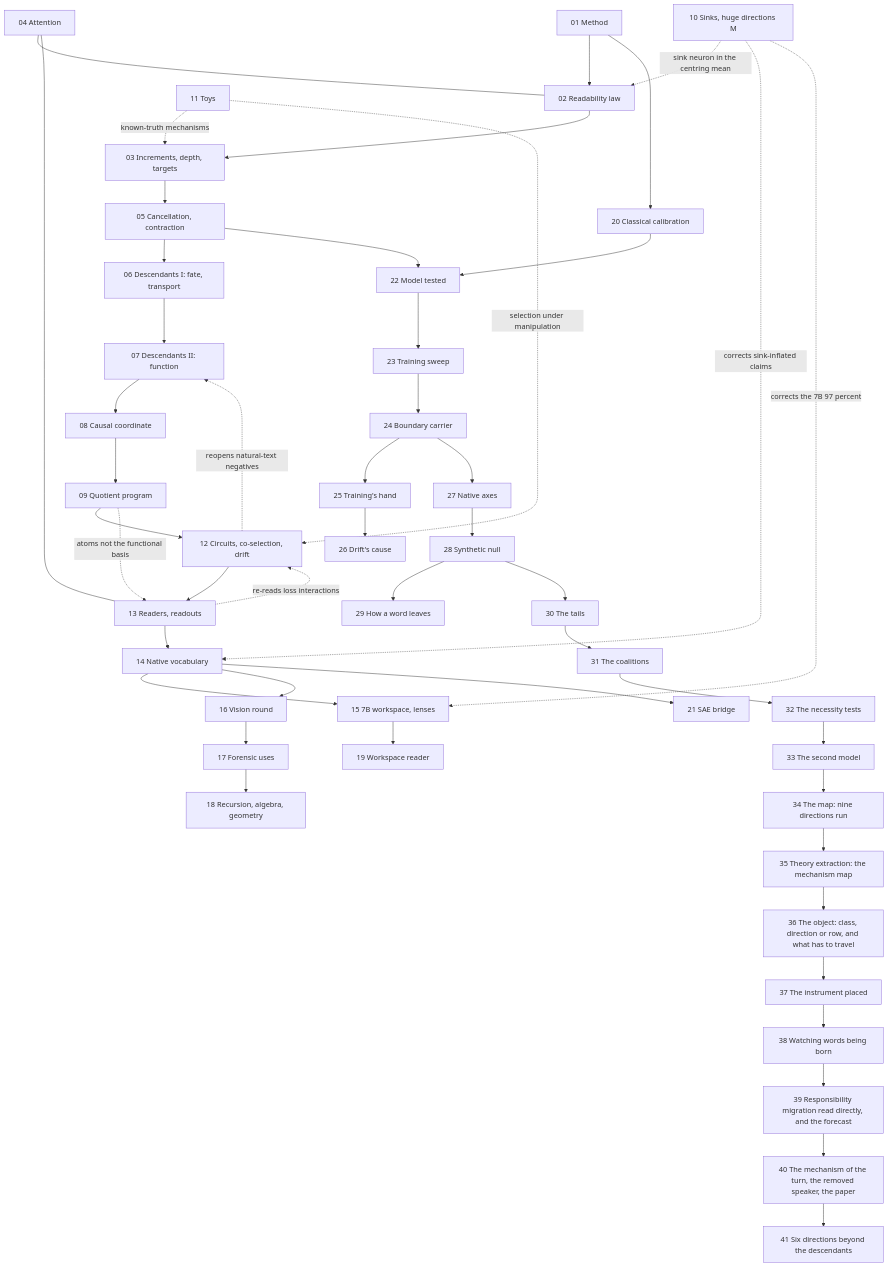
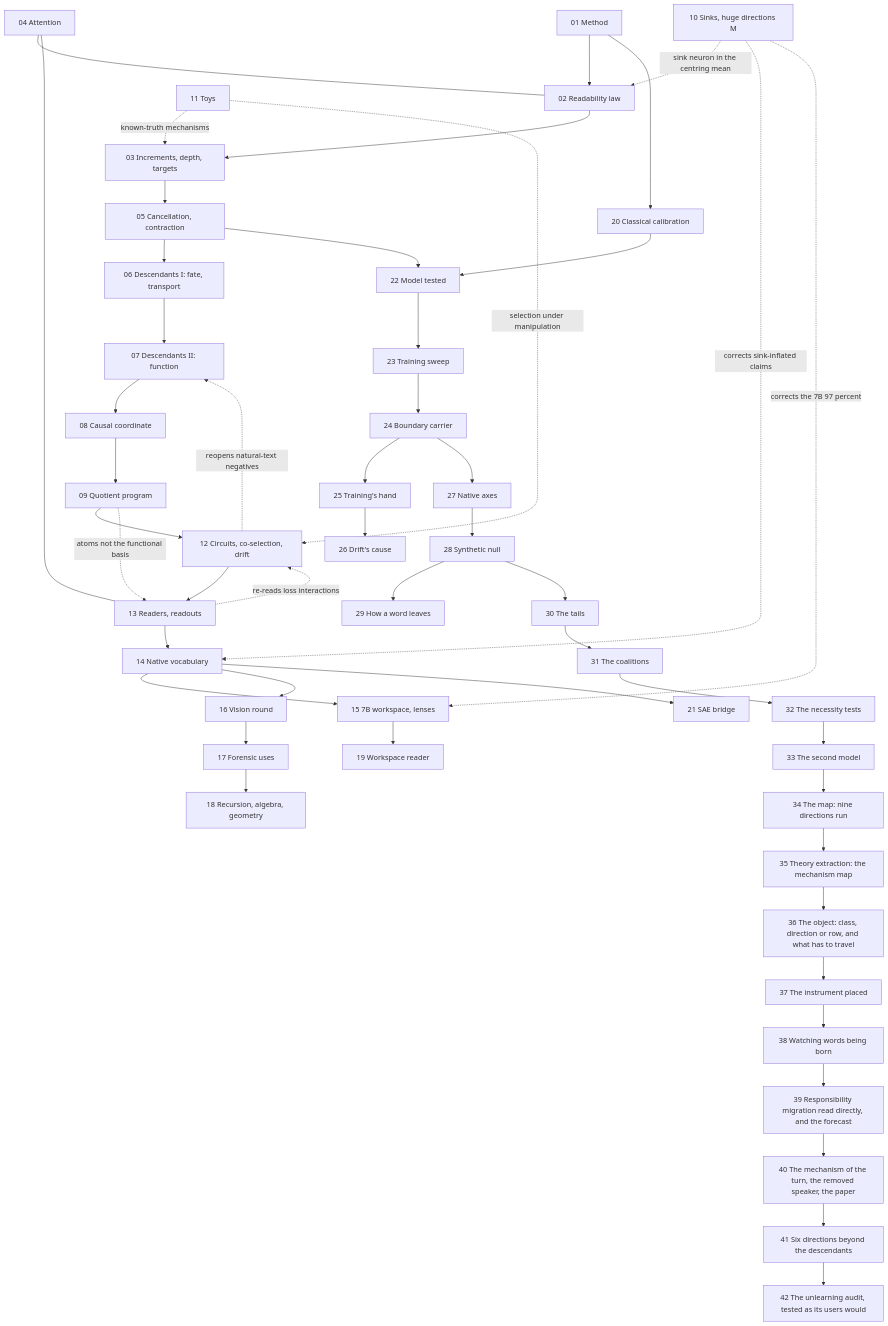
Before and after one commit to sunmoonron/wdd-descendants: the diagram in docs/ATLAS.md, drawn with Mermaid. The commit also changed other lines of this file and 39 other files, not shown here.

First line of the commit message:
Phase 3bx: the unlearning audit tested as its users would (e597, e597b, e600, e601, atlas area 42)

````diff
--- a/docs/ATLAS.md
+++ b/docs/ATLAS.md
@@ -92,51 +93,52 @@
 ```mermaid
 flowchart TD
   A01["01 Method"] --> A02["02 Readability law"]
   A02 --> A03["03 Increments, depth, targets"]
   A03 --> A05["05 Cancellation, contraction"]
   A05 --> A06["06 Descendants I: fate, transport"]
   A06 --> A07["07 Descendants II: function"]
   A07 --> A08["08 Causal coordinate"]
   A08 --> A09["09 Quotient program"]
   A09 --> A12["12 Circuits, co-selection, drift"]
   A12 --> A13["13 Readers, readouts"]
   A13 --> A14["14 Native vocabulary"]
   A14 --> A15["15 7B workspace, lenses"]
   A14 --> A16["16 Vision round"]
   A16 --> A17["17 Forensic uses"]
   A17 --> A18["18 Recursion, algebra, geometry"]
   A15 --> A19["19 Workspace reader"]
   A01 --> A20["20 Classical calibration"]
   A14 --> A21["21 SAE bridge"]
   A20 --> A22["22 Model tested"]
   A22 --> A23["23 Training sweep"]
   A23 --> A24["24 Boundary carrier"]
   A24 --> A25["25 Training's hand"]
   A25 --> A26["26 Drift's cause"]
   A24 --> A27["27 Native axes"]
   A27 --> A28["28 Synthetic null"]
   A28 --> A29["29 How a word leaves"]
   A28 --> A30["30 The tails"]
   A30 --> A31["31 The coalitions"]
   A31 --> A32["32 The necessity tests"]
   A32 --> A33["33 The second model"]
   A33 --> A34["34 The map: nine directions run"]
   A34 --> A35["35 Theory extraction: the mechanism map"]
   A35 --> A36["36 The object: class, direction or row, and what has to travel"]
   A36 --> A37["37 The instrument placed"]
   A37 --> A38["38 Watching words being born"]
   A38 --> A39["39 Responsibility migration read directly, and the forecast"]
   A39 --> A40["40 The mechanism of the turn, the removed speaker, the paper"]
   A40 --> A41["41 Six directions beyond the descendants"]
+  A41 --> A42["42 The unlearning audit, tested as its users would"]
   A05 --> A22
   A04["04 Attention"] --- A02
   A04 --- A13
   A10["10 Sinks, huge directions M"] -.->|sink neuron in the centring mean| A02
   A10 -.->|corrects sink-inflated claims| A14
   A10 -.->|corrects the 7B 97 percent| A15
   A11["11 Toys"] -.->|known-truth mechanisms| A03
   A11 -.->|selection under manipulation| A12
   A12 -.->|reopens natural-text negatives| A07
   A13 -.->|re-reads loss interactions| A12
   A09 -.->|atoms not the functional basis| A13
 ```
````
